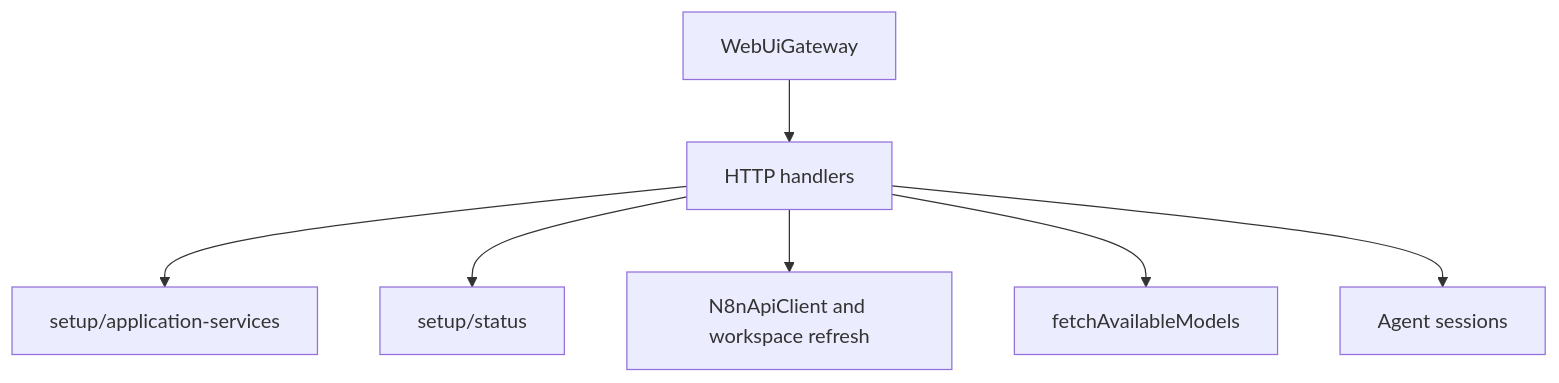
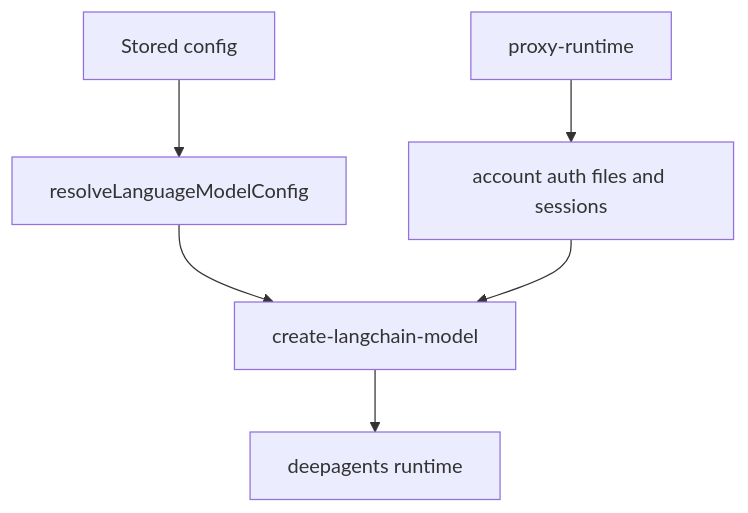
One commit to EtienneLescot/yagr changed the fourth of 4 diagrams in architecture/current/runtime-flows.md. Above: the diagram before and after it, drawn with Mermaid. The commit also changed other lines of this file and 9 other files, not shown here.

First line of the commit message:
Refactor deepagents architecture for clarity and separation of concerns

````diff
--- a/architecture/current/runtime-flows.md
+++ b/architecture/current/runtime-flows.md
@@ -154,10 +92,8 @@
 ```mermaid
 flowchart TD
-    WEB[WebUiGateway]
-    WEB --> API[HTTP handlers]
-    API --> AS[setup/application-services]
-    API --> ST[setup/status]
-    API --> N8N[N8nApiClient and workspace refresh]
-    API --> LLM[fetchAvailableModels]
-    API --> AG[Agent sessions]
+    CFG[Stored config] --> RES[resolveLanguageModelConfig]
+    RES --> CLM[create-langchain-model]
+    CLM --> RT[deepagents runtime]
+    PR[proxy-runtime] --> ACC[account auth files and sessions]
+    ACC --> CLM
 ```
````
